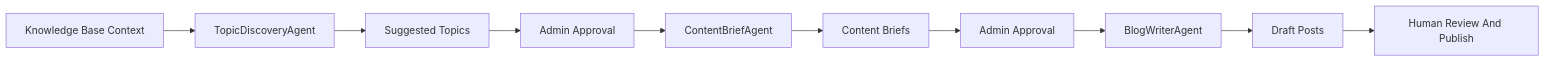
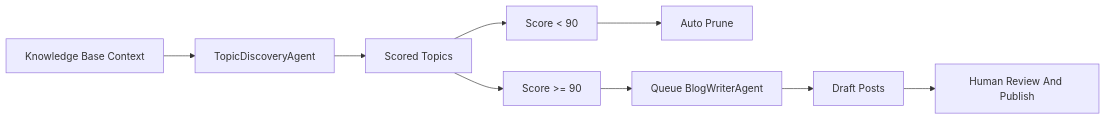
The diagram in docs/AI_CONTENT_ENGINE.md (shamamit11/wwb-service), drawn with Mermaid before and after one commit. The commit also changed other lines of this file and 113 other files, not shown here.

````diff
--- a/docs/AI_CONTENT_ENGINE.md
+++ b/docs/AI_CONTENT_ENGINE.md
@@ -20,12 +20,11 @@
 ```mermaid
 flowchart LR
     A["Knowledge Base Context"] --> B["TopicDiscoveryAgent"]
-    B --> C["Suggested Topics"]
-    C --> D["Admin Approval"]
-    D --> E["ContentBriefAgent"]
-    E --> F["Content Briefs"]
-    F --> G["Admin Approval"]
-    G --> H["BlogWriterAgent"]
-    H --> I["Draft Posts"]
-    I --> J["Human Review And Publish"]
+    B --> C["Scored Topics"]
+    C --> D["Score < 90"]
+    C --> E["Score >= 90"]
+    D --> F["Auto Prune"]
+    E --> G["Queue BlogWriterAgent"]
+    G --> H["Draft Posts"]
+    H --> I["Human Review And Publish"]
 ```
````
